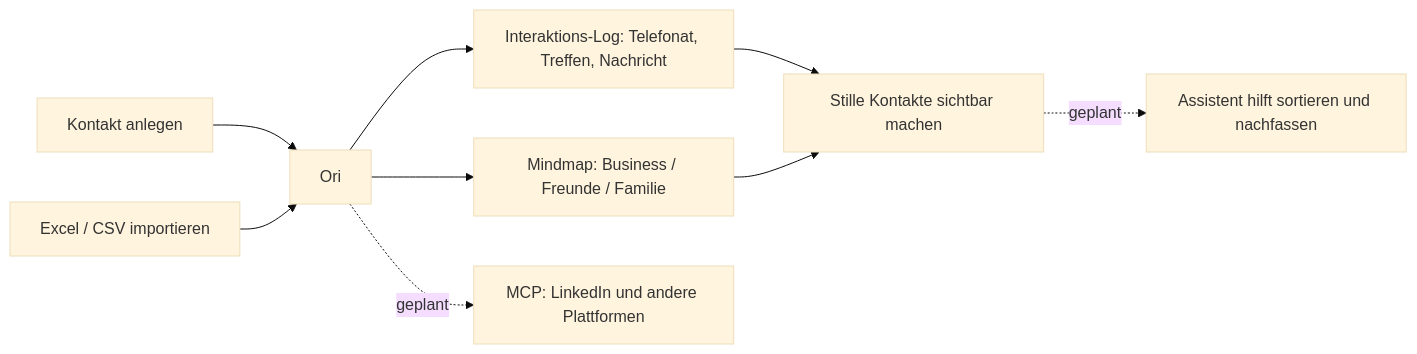
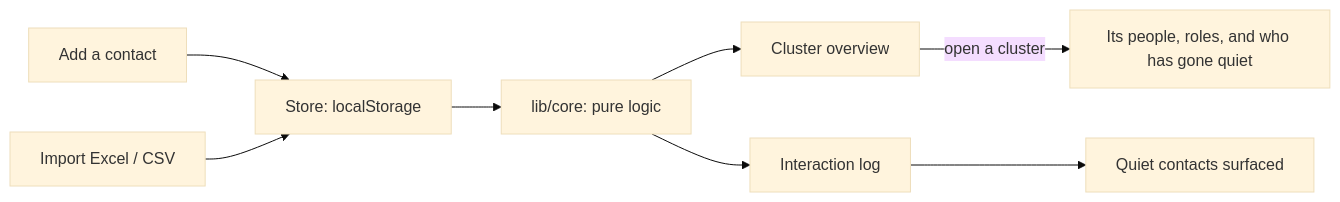
Before and after one commit to chriswartan-jpg/ori: the diagram in README.md, drawn with Mermaid (base theme). The commit also changed other lines of this file and 59 other files, not shown here.

````diff
--- a/README.md
+++ b/README.md
@@ -19,11 +78,10 @@
 ```mermaid
 flowchart LR
-    A[Kontakt anlegen] --> C[Ori]
-    B[Excel / CSV importieren] --> C
-    C --> D[Mindmap: Business / Freunde / Familie]
-    C --> E[Interaktions-Log: Telefonat, Treffen, Nachricht]
-    E --> F[Stille Kontakte sichtbar machen]
-    D --> F
-    F -.geplant.-> G[Assistent hilft sortieren und nachfassen]
-    C -.geplant.-> H[MCP: LinkedIn und andere Plattformen]
+    A[Add a contact] --> C[Store: localStorage]
+    B[Import Excel / CSV] --> C
+    C --> D[lib/core: pure logic]
+    D --> E[Cluster overview]
+    E -->|open a cluster| F[Its people, roles, and who has gone quiet]
+    D --> G[Interaction log]
+    G --> H[Quiet contacts surfaced]
 ```
````
